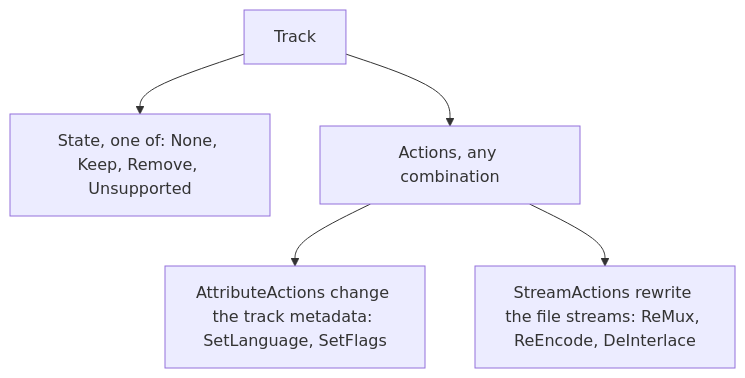
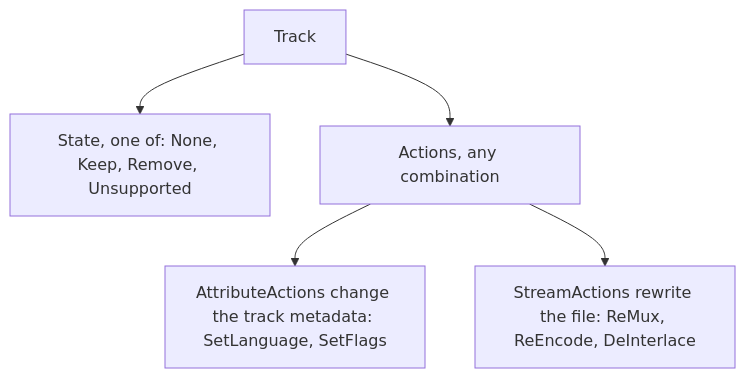
Before and after one commit to ptr727/PlexCleaner: diagram 20 of 20 in ARCHITECTURE.md, drawn with Mermaid. The commit also changed other lines of this file and 5 other files, not shown here.

````diff
--- a/ARCHITECTURE.md
+++ b/ARCHITECTURE.md
@@ -831,7 +831,7 @@
 ```mermaid
 flowchart TD
   T["Track"] --> ST["State, one of: None, Keep, Remove, Unsupported"]
   T --> AC["Actions, any combination"]
   AC --> AA["AttributeActions change the track metadata: SetLanguage, SetFlags"]
-  AC --> SA["StreamActions rewrite the file streams: ReMux, ReEncode, DeInterlace"]
+  AC --> SA["StreamActions rewrite the file: ReMux, ReEncode, DeInterlace"]
 ```
````
